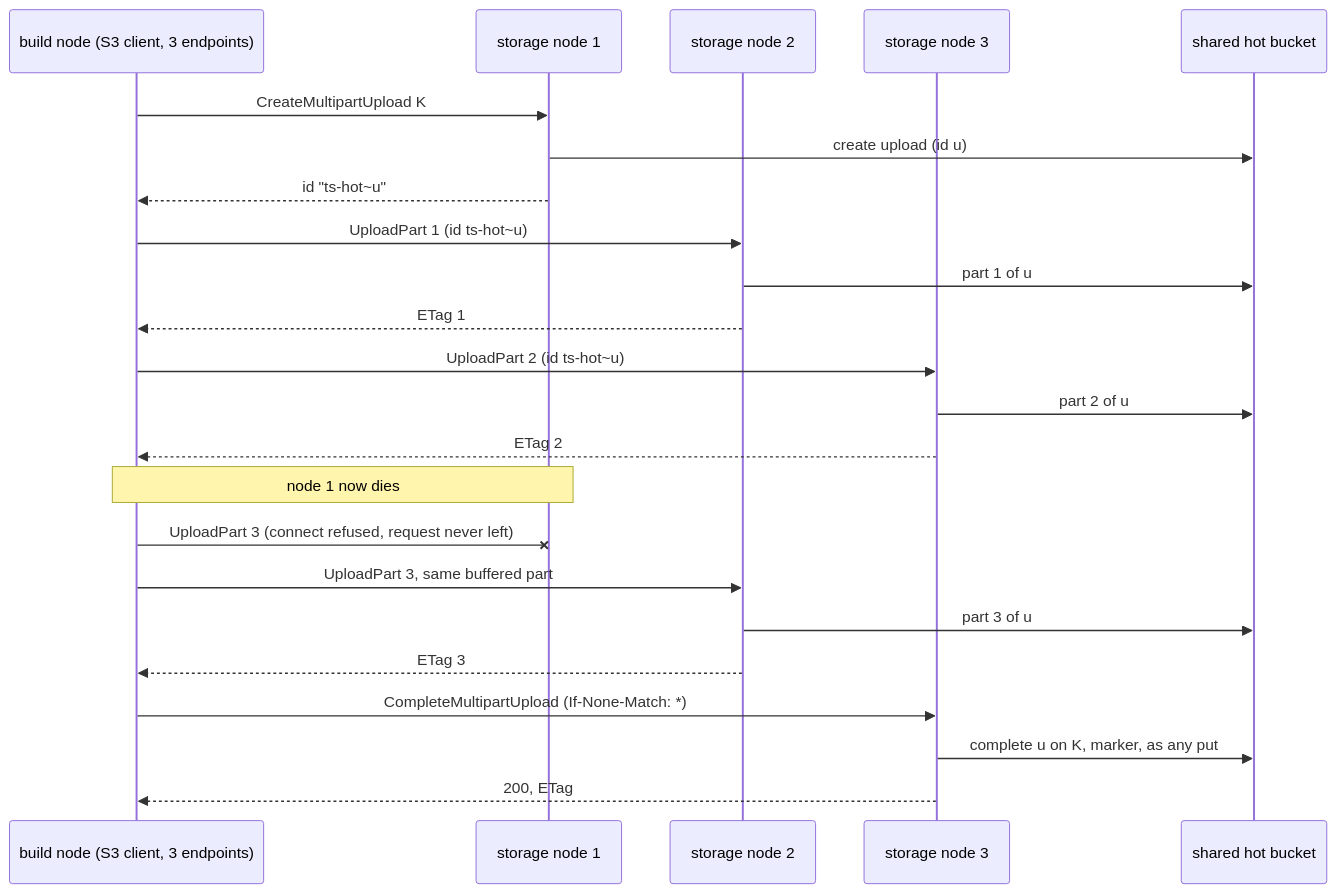
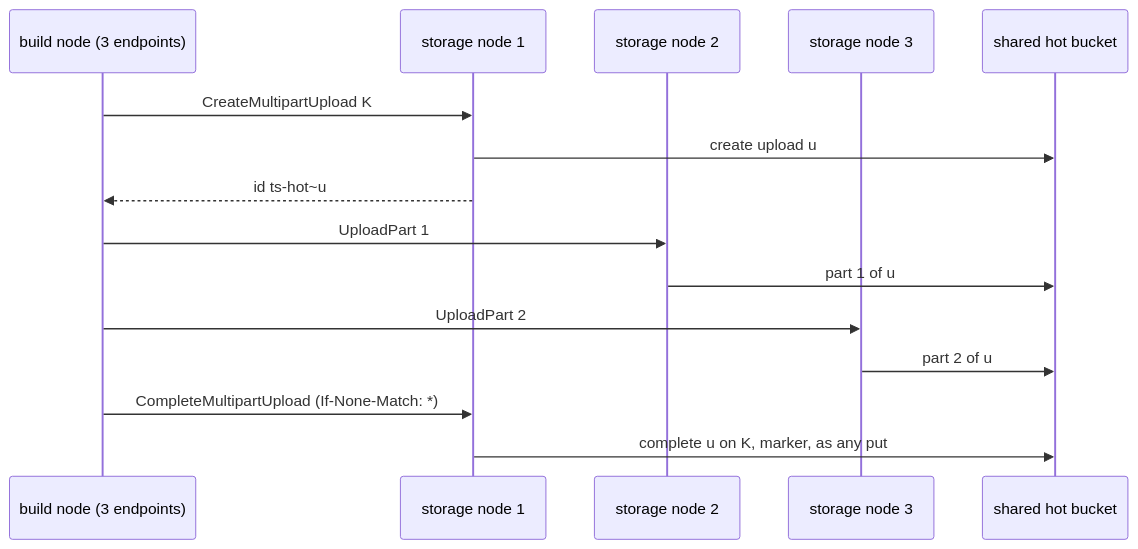
Before and after one commit to komira-ai/tierstore: the diagram in docs/design/multi-endpoint-store.md, drawn with Mermaid. The commit also changed other lines of this file, not shown here.

````diff
--- a/docs/design/multi-endpoint-store.md
+++ b/docs/design/multi-endpoint-store.md
@@ -202,25 +41,17 @@
 ```mermaid
 sequenceDiagram
-  participant C as build node (S3 client, 3 endpoints)
+  participant C as build node (3 endpoints)
   participant A as storage node 1
   participant B as storage node 2
   participant D as storage node 3
   participant H as shared hot bucket
   C->>A: CreateMultipartUpload K
-  A->>H: create upload (id u)
-  A-->>C: id "ts-hot~u"
-  C->>B: UploadPart 1 (id ts-hot~u)
+  A->>H: create upload u
+  A-->>C: id ts-hot~u
+  C->>B: UploadPart 1
   B->>H: part 1 of u
-  B-->>C: ETag 1
-  C->>D: UploadPart 2 (id ts-hot~u)
+  C->>D: UploadPart 2
   D->>H: part 2 of u
-  D-->>C: ETag 2
-  Note over C,A: node 1 now dies
-  C-xA: UploadPart 3 (connect refused, request never left)
-  C->>B: UploadPart 3, same buffered part
-  B->>H: part 3 of u
-  B-->>C: ETag 3
-  C->>D: CompleteMultipartUpload (If-None-Match: *)
-  D->>H: complete u on K, marker, as any put
-  D-->>C: 200, ETag
+  C->>A: CompleteMultipartUpload (If-None-Match: *)
+  A->>H: complete u on K, marker, as any put
 ```
````
